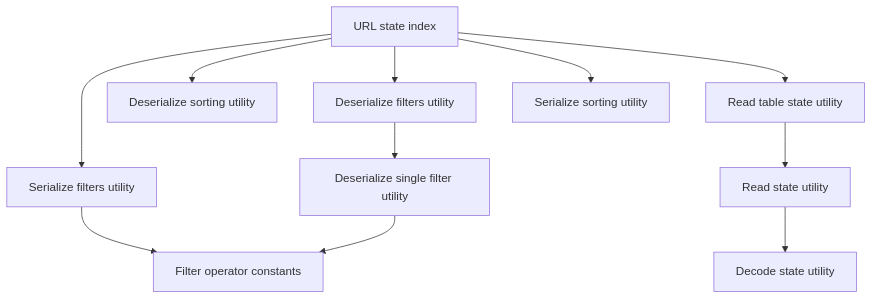
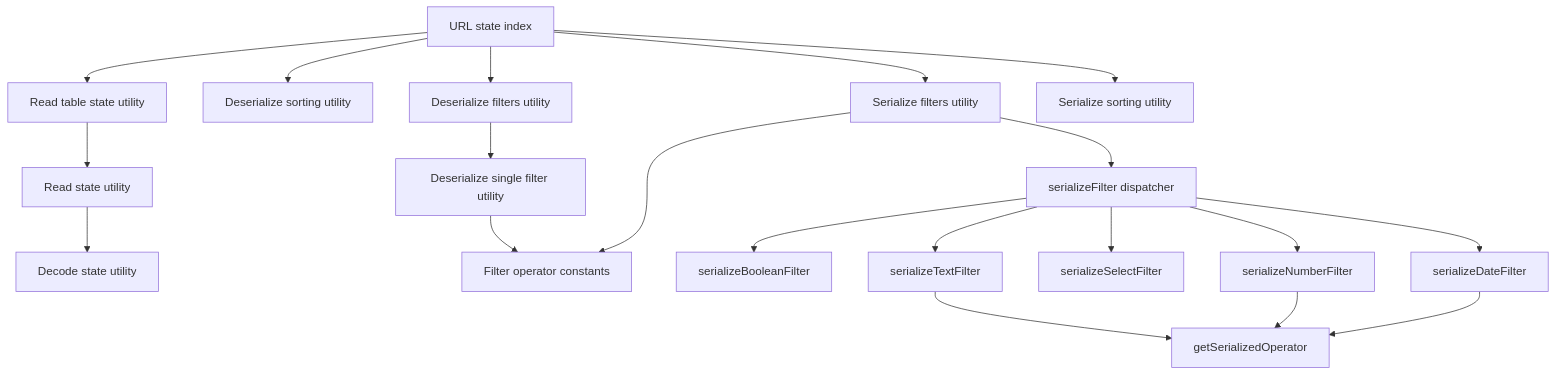
One commit to luciocabrera/lcabrera-stack changed the first of 10 diagrams in apps/react-router/src/utils/urlState/ARCHITECTURE.md. Above: the diagram before and after it, drawn with Mermaid. The commit also changed other lines of this file and 36 other files, not shown here.

````diff
--- a/apps/react-router/src/utils/urlState/ARCHITECTURE.md
+++ b/apps/react-router/src/utils/urlState/ARCHITECTURE.md
@@ -25,15 +33,24 @@
 ```mermaid
 graph TD
   Index[URL state index] --> DSF[Deserialize filters utility]
   Index --> DSS[Deserialize sorting utility]
   Index --> RTS[Read table state utility]
   Index --> SFU[Serialize filters utility]
   Index --> SSU[Serialize sorting utility]
 
   RTS --> RS[Read state utility]
   RS --> Decode[Decode state utility]
 
   DSF --> DF[Deserialize single filter utility]
   SFU --> FilterConstants[Filter operator constants]
   DF --> FilterConstants
+  SFU --> SF[serializeFilter dispatcher]
+  SF --> SBF[serializeBooleanFilter]
+  SF --> SDF[serializeDateFilter]
+  SF --> SSF[serializeSelectFilter]
+  SF --> SNF[serializeNumberFilter]
+  SF --> STF[serializeTextFilter]
+  SDF --> GSO[getSerializedOperator]
+  SNF --> GSO
+  STF --> GSO
 ```
````
